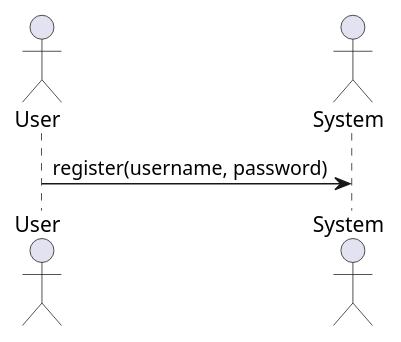
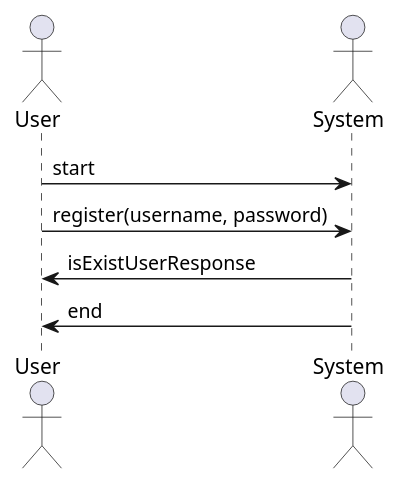
One commit to drDeepl/purchased-products-app-nest changed the diagram in src/diagrams_operations/register.wsd. Above: the diagram before and after it, drawn with PlantUML. The commit also changed 36 other files, not shown here.

```diff
--- a/src/diagrams_operations/register.wsd
+++ b/src/diagrams_operations/register.wsd
@@ -1,11 +1,14 @@
 @startuml register
 
 skinparam backgroundColor #FFFFFF
 
 
 actor User
 actor System
 
+User -> System: start
 User -> System: register(username, password)
+System -> User: isExistUserResponse
+System -> User: end
 
 @enduml
```
